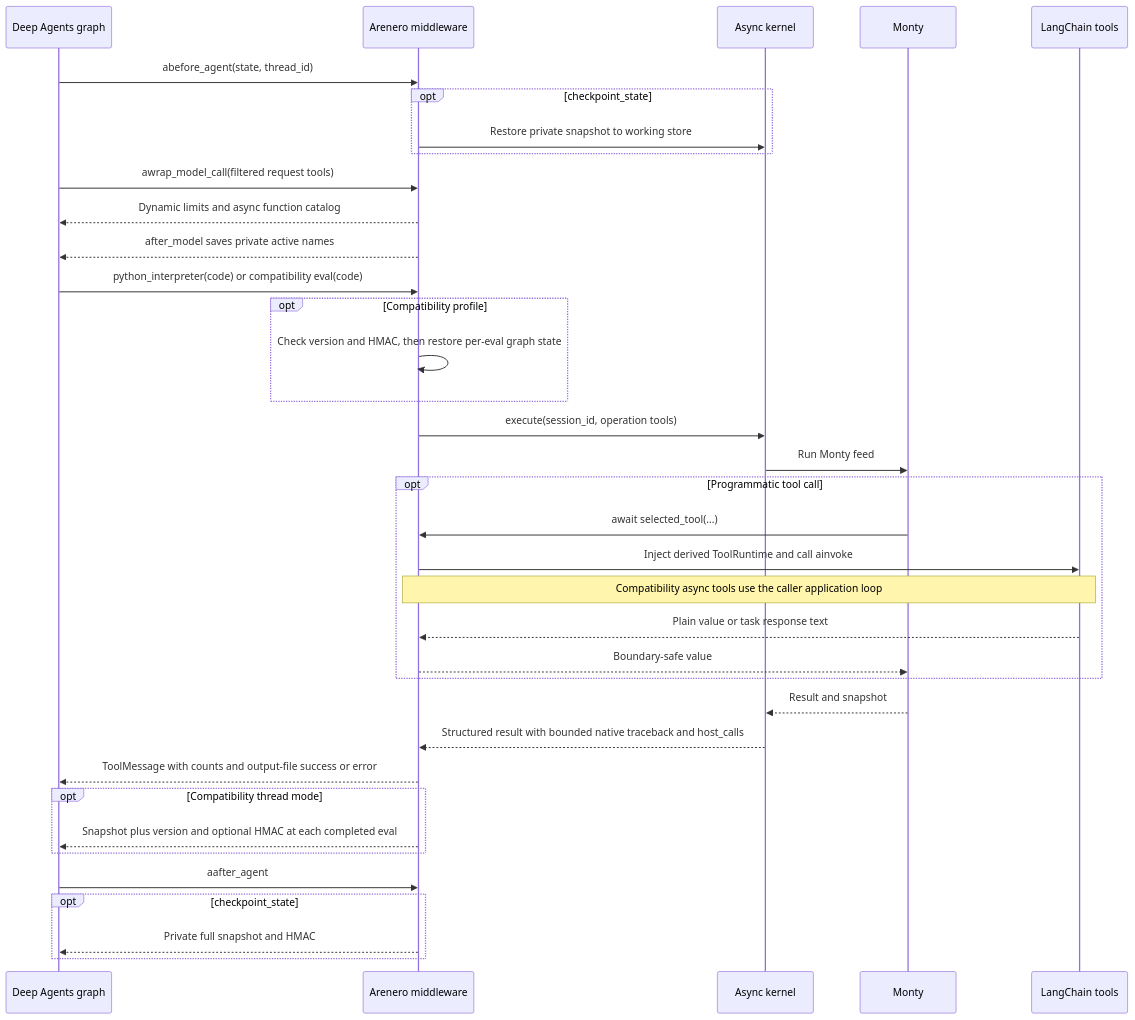
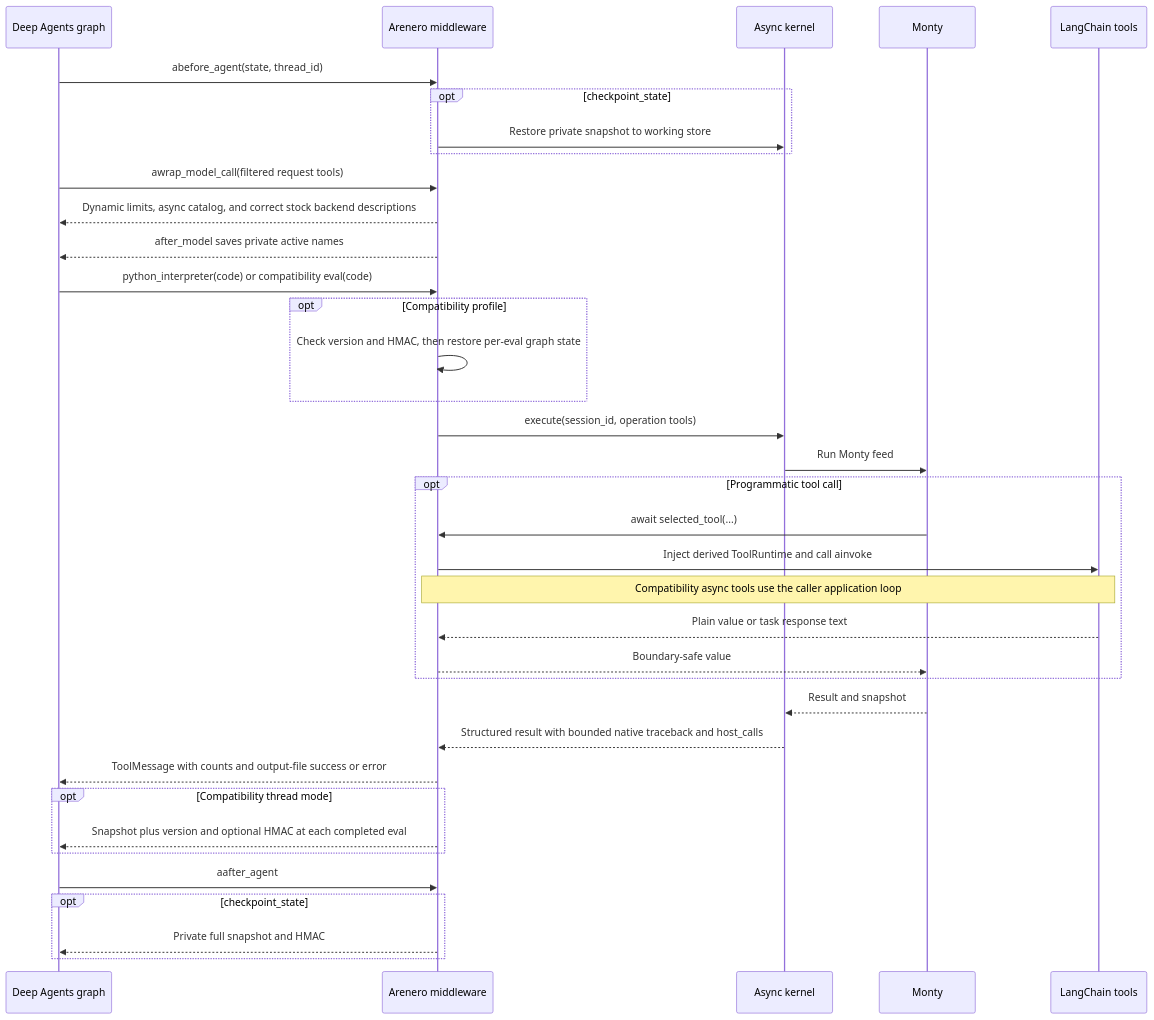
Before and after one commit to sgaseretto/arenero: the fourth of 7 diagrams in docs/architecture.md, drawn with Mermaid. The commit also changed other lines of this file and 11 other files, not shown here.

````diff
--- a/docs/architecture.md
+++ b/docs/architecture.md
@@ -290,39 +290,39 @@
 ```mermaid
 sequenceDiagram
     participant G as Deep Agents graph
     participant A as Arenero middleware
     participant K as Async kernel
     participant M as Monty
     participant T as LangChain tools
 
     G->>A: abefore_agent(state, thread_id)
     opt checkpoint_state
         A->>K: Restore private snapshot to working store
     end
     G->>A: awrap_model_call(filtered request tools)
-    A-->>G: Dynamic limits and async function catalog
+    A-->>G: Dynamic limits, async catalog, and correct stock backend descriptions
     A-->>G: after_model saves private active names
     G->>A: python_interpreter(code) or compatibility eval(code)
     opt Compatibility profile
         A->>A: Check version and HMAC, then restore per-eval graph state
     end
     A->>K: execute(session_id, operation tools)
     K->>M: Run Monty feed
     opt Programmatic tool call
         M->>A: await selected_tool(...)
         A->>T: Inject derived ToolRuntime and call ainvoke
         Note over A,T: Compatibility async tools use the caller application loop
         T-->>A: Plain value or task response text
         A-->>M: Boundary-safe value
     end
     M-->>K: Result and snapshot
     K-->>A: Structured result with bounded native traceback and host_calls
     A-->>G: ToolMessage with counts and output-file success or error
     opt Compatibility thread mode
         A-->>G: Snapshot plus version and optional HMAC at each completed eval
     end
     G->>A: aafter_agent
     opt checkpoint_state
         A-->>G: Private full snapshot and HMAC
     end
 ```
````
